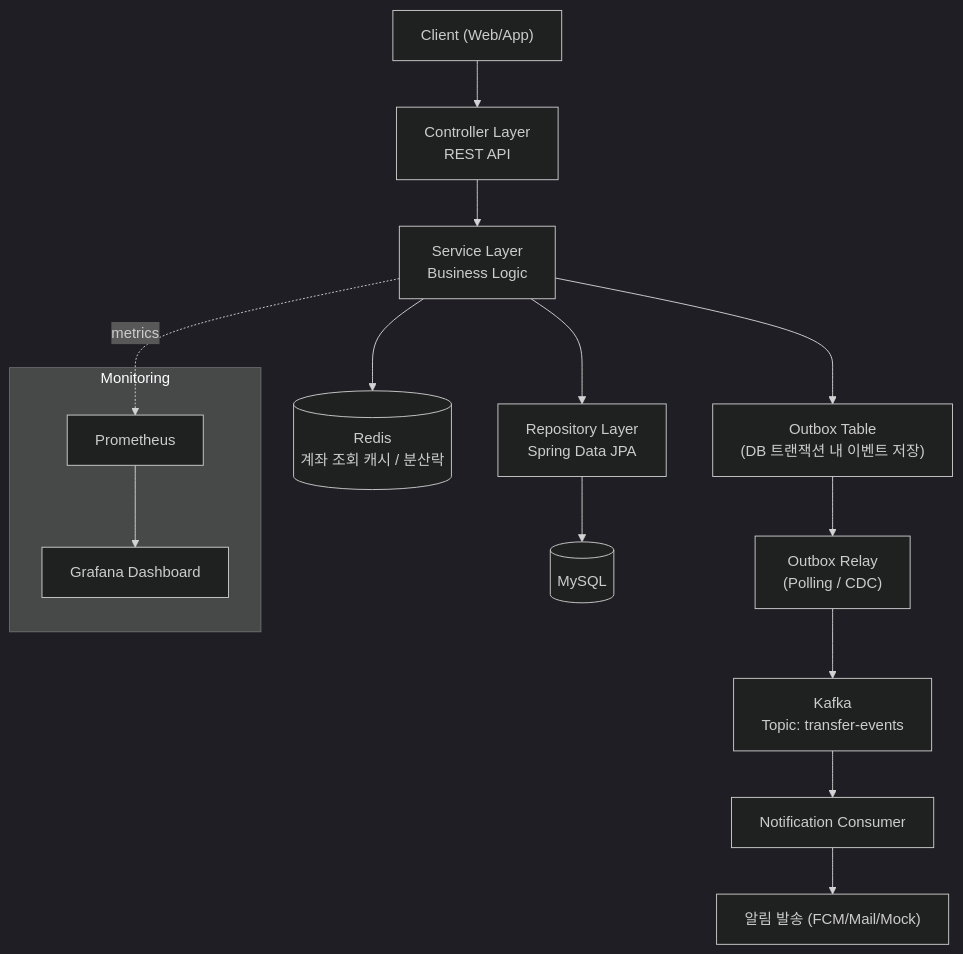
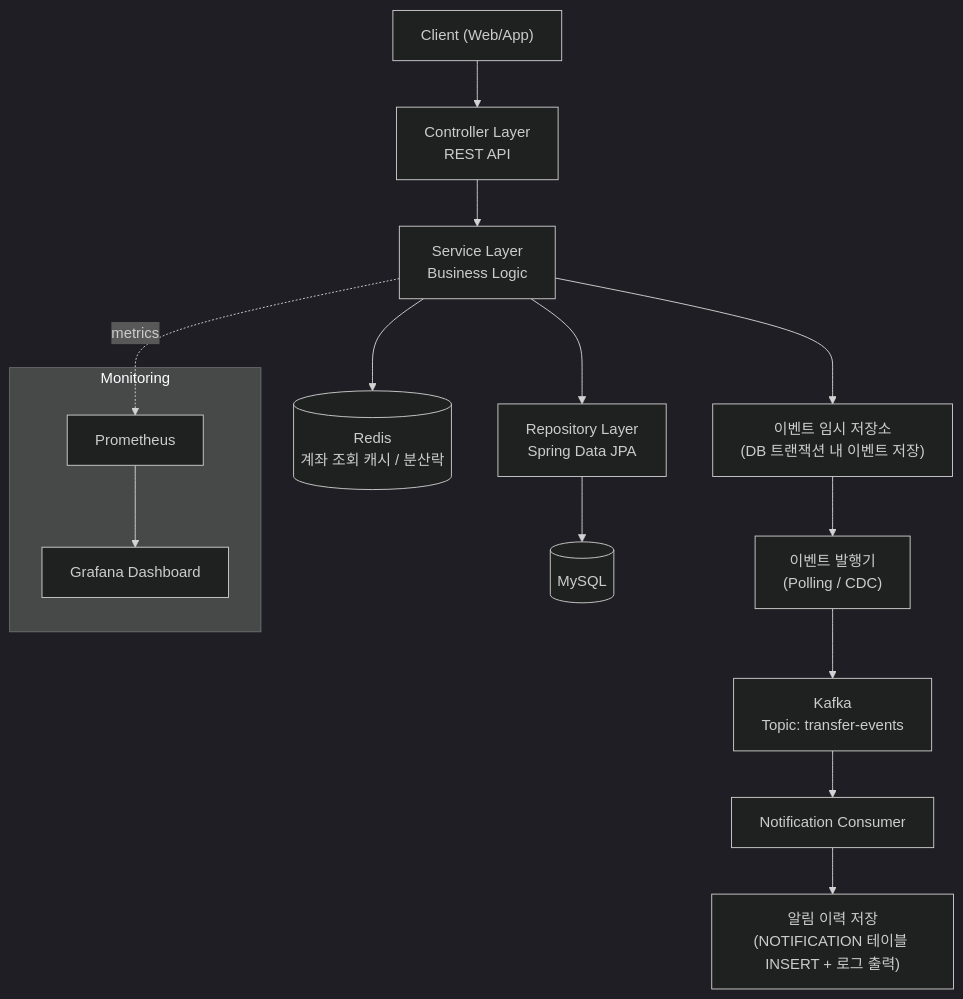
One commit to yoon-kyung/banking-transfer-system changed the diagram in README.md. Above: the diagram before and after it, drawn with Mermaid (dark theme). The commit also changed other lines of this file, not shown here.

````diff
--- a/README.md
+++ b/README.md
@@ -67,19 +69,19 @@
 ```mermaid
 graph TD
     Client["Client (Web/App)"] --> API["Controller Layer<br/>REST API"]
     API --> Service["Service Layer<br/>Business Logic"]
     Service --> Repo["Repository Layer<br/>Spring Data JPA"]
     Repo --> DB[(MySQL)]
  
     Service --> Cache[(Redis<br/>계좌 조회 캐시 / 분산락)]
-    Service --> Outbox["Outbox Table<br/>(DB 트랜잭션 내 이벤트 저장)"]
-    Outbox --> Relay["Outbox Relay<br/>(Polling / CDC)"]
+    Service --> Outbox["이벤트 임시 저장소<br/>(DB 트랜잭션 내 이벤트 저장)"]
+    Outbox --> Relay["이벤트 발행기<br/>(Polling / CDC)"]
     Relay --> Kafka["Kafka<br/>Topic: transfer-events"]
     Kafka --> Consumer["Notification Consumer"]
-    Consumer --> Push["알림 발송 (FCM/Mail/Mock)"]
+    Consumer --> Mock["알림 이력 저장<br/>(NOTIFICATION 테이블 INSERT + 로그 출력)"]
  
     subgraph Monitoring
         Prom["Prometheus"] --> Grafana["Grafana Dashboard"]
     end
     Service -.metrics.-> Prom
 ```
````
